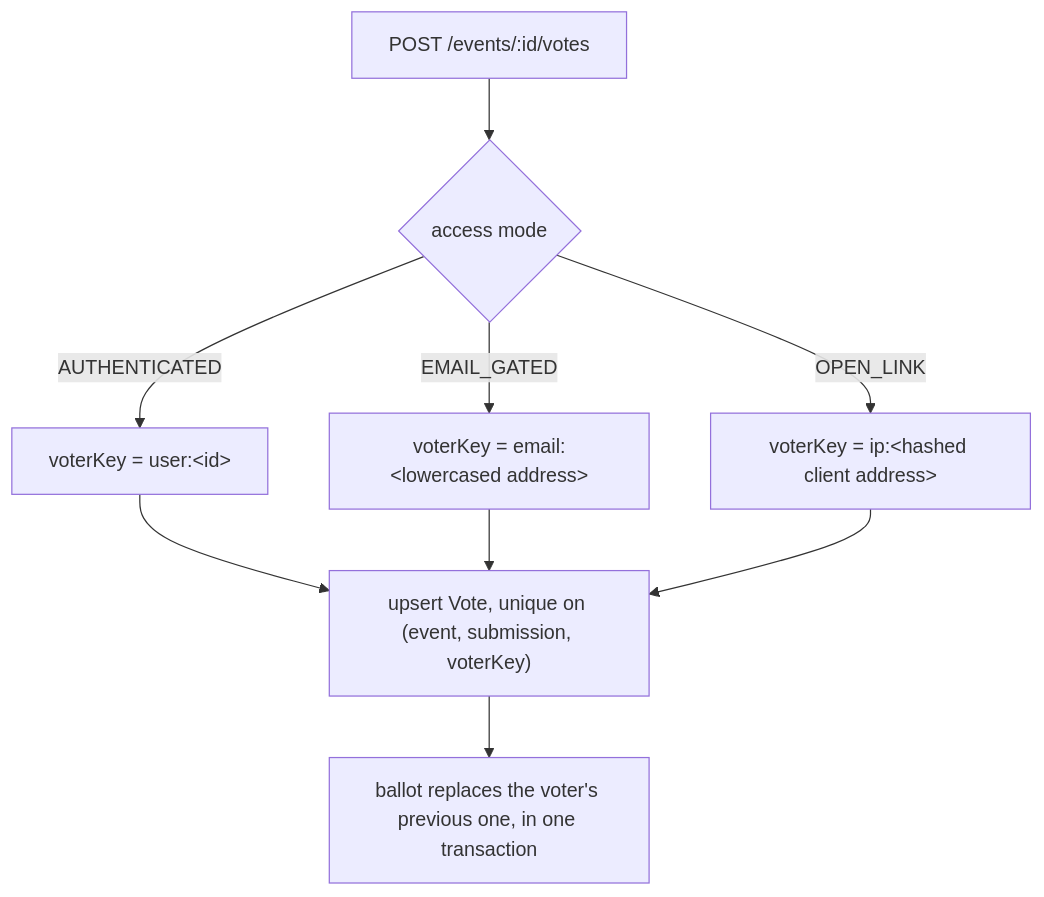
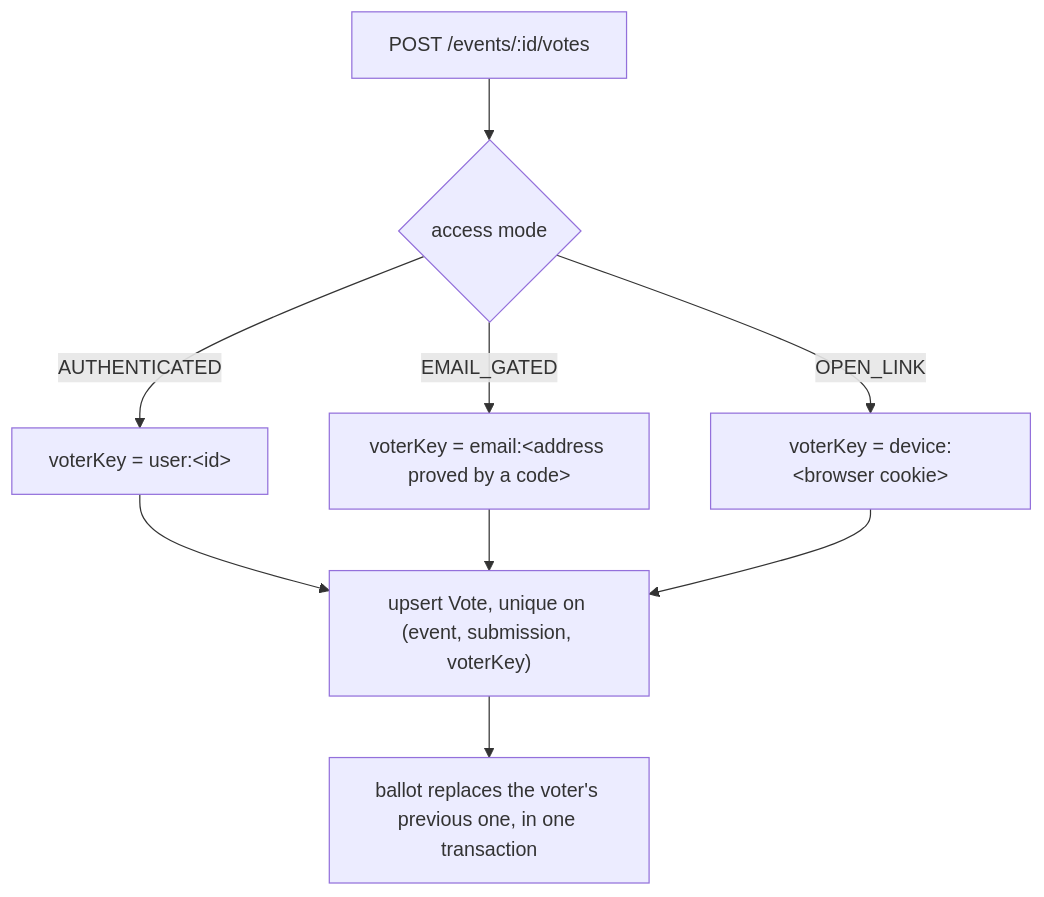
One commit to ikeshavvarshney/podium changed the fourth of 4 diagrams in JUDGING.md. Above: the diagram before and after it, drawn with Mermaid. The commit also changed other lines of this file and 25 other files, not shown here.

Commit message:
feat(voting): verify email-gated voters by code, give open-link voters per-device ballots and add a choice limit

````diff
--- a/JUDGING.md
+++ b/JUDGING.md
@@ -367,11 +369,11 @@
 ```mermaid
 flowchart TD
     V["POST /events/:id/votes"] --> M{"access mode"}
     M -- "AUTHENTICATED" --> K1["voterKey = user:&lt;id&gt;"]
-    M -- "EMAIL_GATED" --> K2["voterKey = email:&lt;lowercased address&gt;"]
-    M -- "OPEN_LINK" --> K3["voterKey = ip:&lt;hashed client address&gt;"]
+    M -- "EMAIL_GATED" --> K2["voterKey = email:&lt;address proved by a code&gt;"]
+    M -- "OPEN_LINK" --> K3["voterKey = device:&lt;browser cookie&gt;"]
     K1 --> U["upsert Vote, unique on (event, submission, voterKey)"]
     K2 --> U
     K3 --> U
     U --> T["ballot replaces the voter's previous one, in one transaction"]
 ```
````
